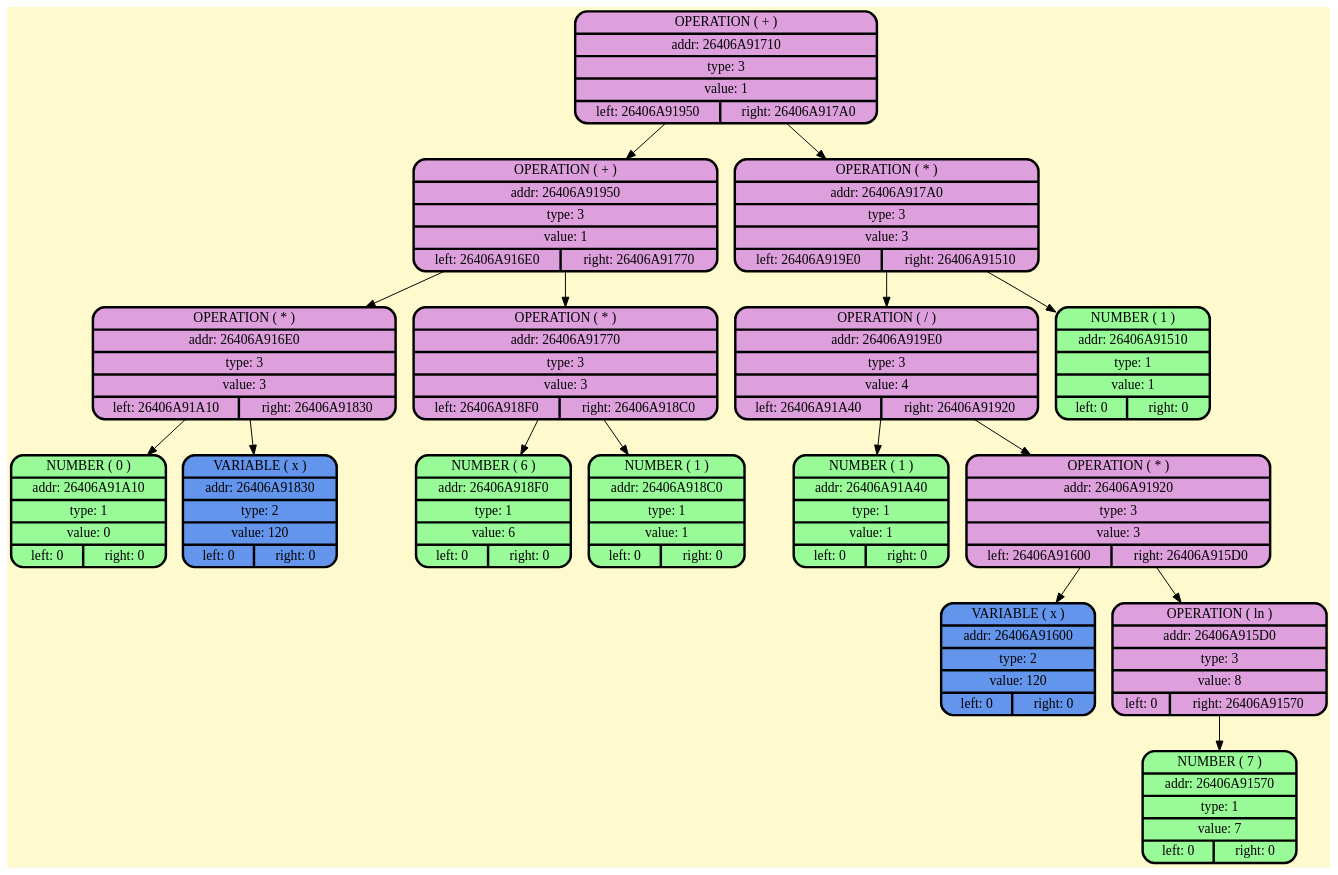
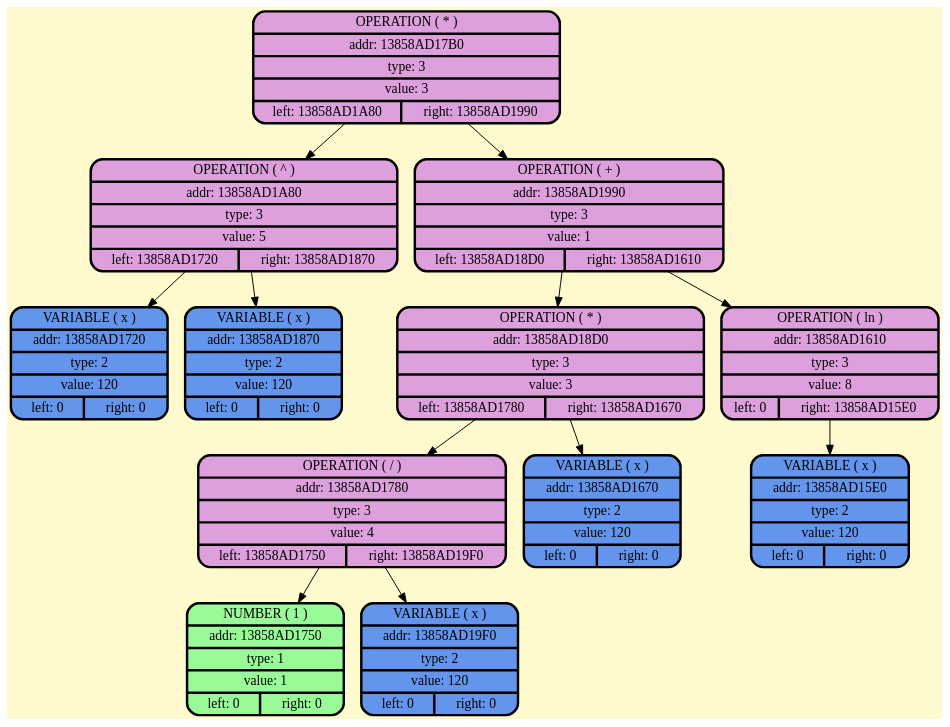
One commit to BulgakovDmitry/differentiator changed the diagram in dumpTree.gv. Above: the diagram before and after it, drawn with Graphviz. The commit also changed 18 other files, not shown here.

```diff
--- a/dumpTree.gv
+++ b/dumpTree.gv
@@ -1,23 +1,19 @@
 digraph
 {
     node [ style = filled, fontcolor=darkblue, fillcolor=peachpuff, color="#252A34", penwidth = 2.5 ];
     bgcolor = "lemonchiffon";
 
-    node_0000026406a91710 [shape=Mrecord; style = filled; fillcolor=plum; color = "#000000"; fontcolor = "#000000";  label=" {OPERATION ( + ) | addr: 26406A91710 | type: 3 | value: 1 | {left: 26406A91950 | right: 26406A917A0}} "];
-    node_0000026406a91950 [shape=Mrecord; style = filled; fillcolor=plum; color = "#000000"; fontcolor = "#000000";  label=" {OPERATION ( + ) | addr: 26406A91950 | type: 3 | value: 1 | {left: 26406A916E0 | right: 26406A91770}} "];
-    node_0000026406a916e0 [shape=Mrecord; style = filled; fillcolor=plum; color = "#000000"; fontcolor = "#000000";  label=" {OPERATION ( * ) | addr: 26406A916E0 | type: 3 | value: 3 | {left: 26406A91A10 | right: 26406A91830}} "];
-    node_0000026406a91a10 [shape=Mrecord; style = filled; fillcolor = palegreen; color = "#000000"; fontcolor = "#000000";  label=" {NUMBER ( 0 )| addr: 26406A91A10 | type: 1| value: 0 | {left: 0 | right: 0}} "];
-    node_0000026406a91830 [shape=Mrecord; style = filled; fillcolor = cornflowerblue; color = "#000000"; fontcolor = "#000000";  label=" {VARIABLE ( x )| addr: 26406A91830 | type: 2| value: 120 | {left: 0 | right: 0}} "];
-    node_0000026406a91770 [shape=Mrecord; style = filled; fillcolor=plum; color = "#000000"; fontcolor = "#000000";  label=" {OPERATION ( * ) | addr: 26406A91770 | type: 3 | value: 3 | {left: 26406A918F0 | right: 26406A918C0}} "];
-    node_0000026406a918f0 [shape=Mrecord; style = filled; fillcolor = palegreen; color = "#000000"; fontcolor = "#000000";  label=" {NUMBER ( 6 )| addr: 26406A918F0 | type: 1| value: 6 | {left: 0 | right: 0}} "];
-    node_0000026406a918c0 [shape=Mrecord; style = filled; fillcolor = palegreen; color = "#000000"; fontcolor = "#000000";  label=" {NUMBER ( 1 )| addr: 26406A918C0 | type: 1| value: 1 | {left: 0 | right: 0}} "];
-    node_0000026406a917a0 [shape=Mrecord; style = filled; fillcolor=plum; color = "#000000"; fontcolor = "#000000";  label=" {OPERATION ( * ) | addr: 26406A917A0 | type: 3 | value: 3 | {left: 26406A919E0 | right: 26406A91510}} "];
-    node_0000026406a919e0 [shape=Mrecord; style = filled; fillcolor=plum; color = "#000000"; fontcolor = "#000000";  label=" {OPERATION ( / ) | addr: 26406A919E0 | type: 3 | value: 4 | {left: 26406A91A40 | right: 26406A91920}} "];
-    node_0000026406a91a40 [shape=Mrecord; style = filled; fillcolor = palegreen; color = "#000000"; fontcolor = "#000000";  label=" {NUMBER ( 1 )| addr: 26406A91A40 | type: 1| value: 1 | {left: 0 | right: 0}} "];
-    node_0000026406a91920 [shape=Mrecord; style = filled; fillcolor=plum; color = "#000000"; fontcolor = "#000000";  label=" {OPERATION ( * ) | addr: 26406A91920 | type: 3 | value: 3 | {left: 26406A91600 | right: 26406A915D0}} "];
-    node_0000026406a91600 [shape=Mrecord; style = filled; fillcolor = cornflowerblue; color = "#000000"; fontcolor = "#000000";  label=" {VARIABLE ( x )| addr: 26406A91600 | type: 2| value: 120 | {left: 0 | right: 0}} "];
-    node_0000026406a915d0 [shape=Mrecord; style = filled; fillcolor=plum; color = "#000000"; fontcolor = "#000000";  label=" {OPERATION ( ln ) | addr: 26406A915D0 | type: 3 | value: 8 | {left: 0 | right: 26406A91570}} "];
-    node_0000026406a91570 [shape=Mrecord; style = filled; fillcolor = palegreen; color = "#000000"; fontcolor = "#000000";  label=" {NUMBER ( 7 )| addr: 26406A91570 | type: 1| value: 7 | {left: 0 | right: 0}} "];
-    node_0000026406a91510 [shape=Mrecord; style = filled; fillcolor = palegreen; color = "#000000"; fontcolor = "#000000";  label=" {NUMBER ( 1 )| addr: 26406A91510 | type: 1| value: 1 | {left: 0 | right: 0}} "];
-    node_0000026406a91710 -> node_0000026406a91950     node_0000026406a91950 -> node_0000026406a916e0     node_0000026406a916e0 -> node_0000026406a91a10     node_0000026406a916e0 -> node_0000026406a91830    node_0000026406a91950 -> node_0000026406a91770    node_0000026406a91770 -> node_0000026406a918f0     node_0000026406a91770 -> node_0000026406a918c0    node_0000026406a91710 -> node_0000026406a917a0    node_0000026406a917a0 -> node_0000026406a919e0     node_0000026406a919e0 -> node_0000026406a91a40     node_0000026406a919e0 -> node_0000026406a91920    node_0000026406a91920 -> node_0000026406a91600     node_0000026406a91920 -> node_0000026406a915d0    node_0000026406a915d0 -> node_0000026406a91570    node_0000026406a917a0 -> node_0000026406a91510
+node_0000013858ad17b0 [shape=Mrecord; style = filled; fillcolor=plum; color = "#000000"; fontcolor = "#000000";label=" {OPERATION ( * ) | addr: 13858AD17B0 | type: 3 | value: 3 | {left: 13858AD1A80 | right: 13858AD1990}} "];
+node_0000013858ad1a80 [shape=Mrecord; style = filled; fillcolor=plum; color = "#000000"; fontcolor = "#000000";label=" {OPERATION ( ^ ) | addr: 13858AD1A80 | type: 3 | value: 5 | {left: 13858AD1720 | right: 13858AD1870}} "];
+    node_0000013858ad1720 [shape=Mrecord; style = filled; fillcolor = cornflowerblue; color = "#000000"; fontcolor = "#000000";  label=" {VARIABLE ( x )| addr: 13858AD1720 | type: 2| value: 120 | {left: 0 | right: 0}} "];
+    node_0000013858ad1870 [shape=Mrecord; style = filled; fillcolor = cornflowerblue; color = "#000000"; fontcolor = "#000000";  label=" {VARIABLE ( x )| addr: 13858AD1870 | type: 2| value: 120 | {left: 0 | right: 0}} "];
+node_0000013858ad1990 [shape=Mrecord; style = filled; fillcolor=plum; color = "#000000"; fontcolor = "#000000";label=" {OPERATION ( + ) | addr: 13858AD1990 | type: 3 | value: 1 | {left: 13858AD18D0 | right: 13858AD1610}} "];
+node_0000013858ad18d0 [shape=Mrecord; style = filled; fillcolor=plum; color = "#000000"; fontcolor = "#000000";label=" {OPERATION ( * ) | addr: 13858AD18D0 | type: 3 | value: 3 | {left: 13858AD1780 | right: 13858AD1670}} "];
+node_0000013858ad1780 [shape=Mrecord; style = filled; fillcolor=plum; color = "#000000"; fontcolor = "#000000";label=" {OPERATION ( / ) | addr: 13858AD1780 | type: 3 | value: 4 | {left: 13858AD1750 | right: 13858AD19F0}} "];
+    node_0000013858ad1750 [shape=Mrecord; style = filled; fillcolor = palegreen; color = "#000000"; fontcolor = "#000000";  label=" {NUMBER ( 1 )| addr: 13858AD1750 | type: 1| value: 1 | {left: 0 | right: 0}} "];
+    node_0000013858ad19f0 [shape=Mrecord; style = filled; fillcolor = cornflowerblue; color = "#000000"; fontcolor = "#000000";  label=" {VARIABLE ( x )| addr: 13858AD19F0 | type: 2| value: 120 | {left: 0 | right: 0}} "];
+    node_0000013858ad1670 [shape=Mrecord; style = filled; fillcolor = cornflowerblue; color = "#000000"; fontcolor = "#000000";  label=" {VARIABLE ( x )| addr: 13858AD1670 | type: 2| value: 120 | {left: 0 | right: 0}} "];
+node_0000013858ad1610 [shape=Mrecord; style = filled; fillcolor=plum; color = "#000000"; fontcolor = "#000000";label=" {OPERATION ( ln ) | addr: 13858AD1610 | type: 3 | value: 8 | {left: 0 | right: 13858AD15E0}} "];
+    node_0000013858ad15e0 [shape=Mrecord; style = filled; fillcolor = cornflowerblue; color = "#000000"; fontcolor = "#000000";  label=" {VARIABLE ( x )| addr: 13858AD15E0 | type: 2| value: 120 | {left: 0 | right: 0}} "];
+    node_0000013858ad17b0 -> node_0000013858ad1a80     node_0000013858ad1a80 -> node_0000013858ad1720     node_0000013858ad1a80 -> node_0000013858ad1870    node_0000013858ad17b0 -> node_0000013858ad1990    node_0000013858ad1990 -> node_0000013858ad18d0     node_0000013858ad18d0 -> node_0000013858ad1780     node_0000013858ad1780 -> node_0000013858ad1750     node_0000013858ad1780 -> node_0000013858ad19f0    node_0000013858ad18d0 -> node_0000013858ad1670    node_0000013858ad1990 -> node_0000013858ad1610    node_0000013858ad1610 -> node_0000013858ad15e0
 }
```
